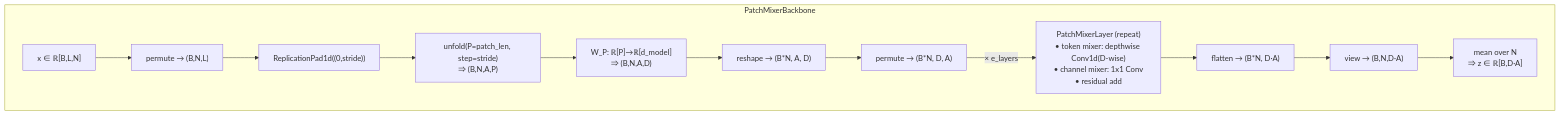
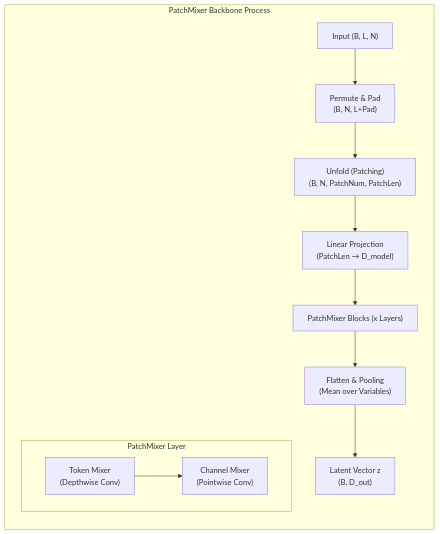
The third of 4 diagrams in src/modeling_module/models/PatchMixer/PatchMixerInfo.md (LeeKwanHyeong/ts_forecaster_lib), drawn with Mermaid before and after one commit. The commit also changed other lines of this file and 5 other files, not shown here.

Commit message:
# PatchMixer 주석작업

````diff
--- a/src/modeling_module/models/PatchMixer/PatchMixerInfo.md
+++ b/src/modeling_module/models/PatchMixer/PatchMixerInfo.md
@@ -224,16 +178,19 @@
 ```mermaid
 flowchart TB
-    subgraph Backbone["PatchMixerBackbone"]
-      X["x ∈ ℝ[B,L,N]"] --> TP["permute → (B,N,L)"]
-      TP --> PAD["ReplicationPad1d((0,stride))"]
-      PAD --> UNF["unfold(P=patch_len, step=stride)\n⇒ (B,N,A,P)"]
-      UNF --> PROJ["W_P: ℝ[P]→ℝ[d_model]\n⇒ (B,N,A,D)"]
-      PROJ --> RESH["reshape → (B*N, A, D)"]
-      RESH --> PERM["permute → (B*N, D, A)"]
-      PERM -->|× e_layers| MIX["PatchMixerLayer (repeat)\n• token mixer: depthwise Conv1d(D-wise)\n• channel mixer: 1x1 Conv\n• residual add"]
-      MIX --> FLAT["flatten → (B*N, D·A)"]
-      FLAT --> UNV["view → (B,N,D·A)"]
-      UNV --> POOL["mean over N\n⇒ z ∈ ℝ[B,D·A]"]
+    subgraph SingleBackbone["PatchMixer Backbone Process"]
+      direction TB
+      IN["Input (B, L, N)"] --> PERM["Permute & Pad\n(B, N, L+Pad)"]
+      PERM --> UNF["Unfold (Patching)\n(B, N, PatchNum, PatchLen)"]
+      UNF --> PROJ["Linear Projection\n(PatchLen → D_model)"]
+      PROJ --> MIXERS["PatchMixer Blocks (x Layers)"]
+      
+      subgraph Block["PatchMixer Layer"]
+        TOKEN["Token Mixer\n(Depthwise Conv)"]
+        CHAN["Channel Mixer\n(Pointwise Conv)"]
+        TOKEN --> CHAN
+      end
+      
+      MIXERS --> FLATTEN["Flatten & Pooling\n(Mean over Variables)"]
+      FLATTEN --> OUT["Latent Vector z\n(B, D_out)"]
     end
-
 ```
````
